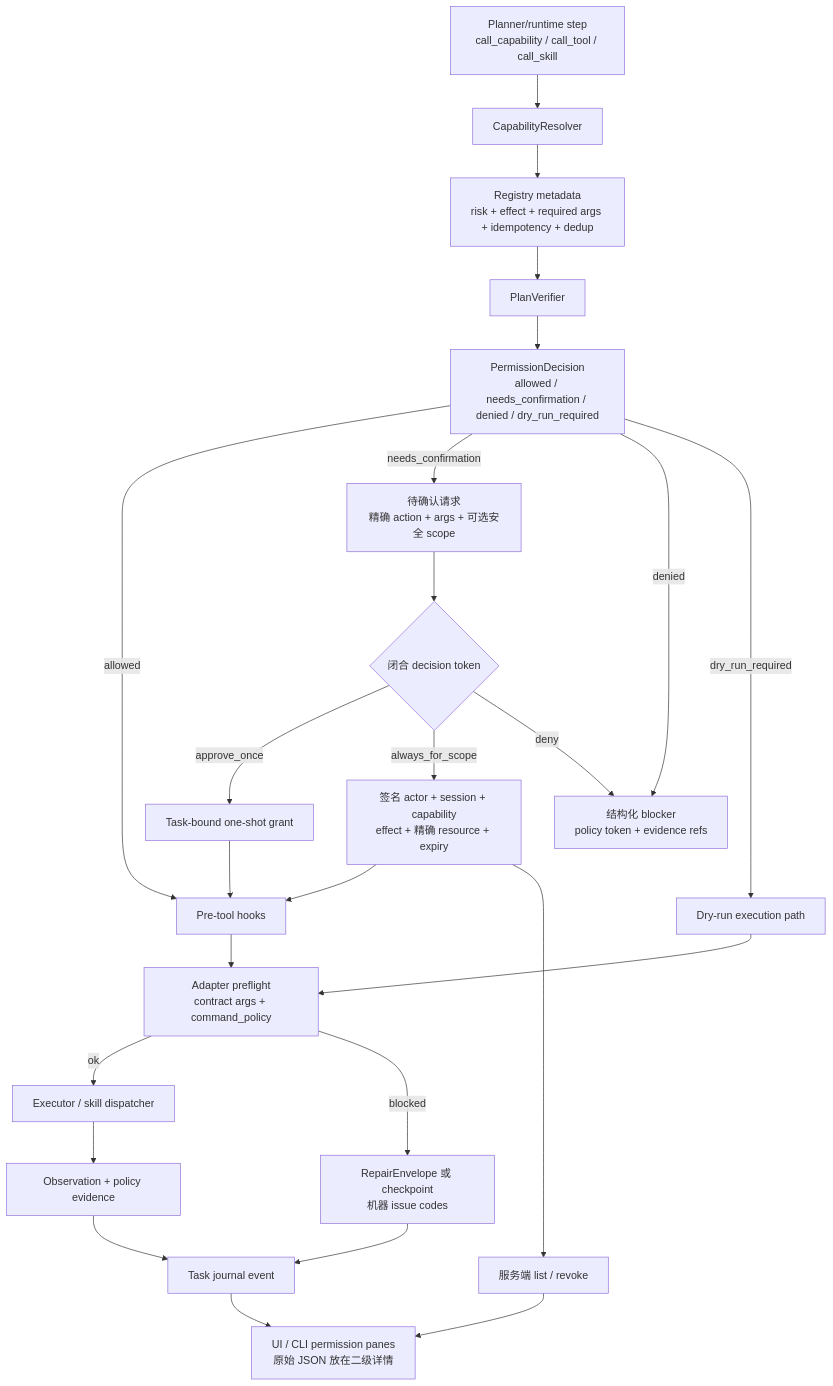
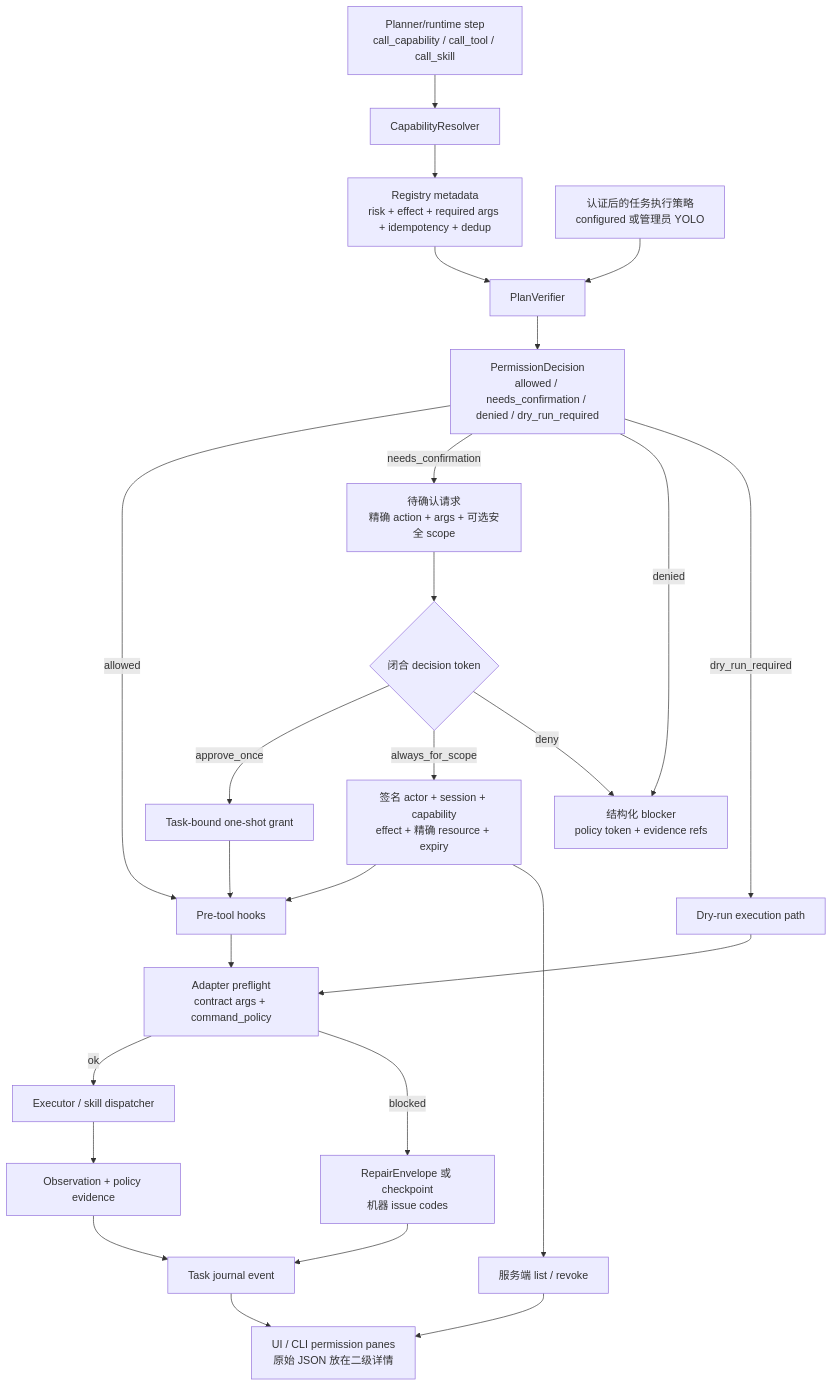
The third of 12 diagrams in README.zh-CN.md (MatrixCoreX/RustClaw), drawn with Mermaid before and after one commit. The commit also changed other lines of this file and 35 other files, not shown here.

````diff
--- a/README.zh-CN.md
+++ b/README.zh-CN.md
@@ -202,27 +204,28 @@
 ```mermaid
 flowchart TD
     A[Planner/runtime step<br/>call_capability / call_tool / call_skill] --> B[CapabilityResolver]
     B --> C[Registry metadata<br/>risk + effect + required args + idempotency + dedup]
+    TP[认证后的任务执行策略<br/>configured 或管理员 YOLO] --> D
     C --> D[PlanVerifier]
     D --> E[PermissionDecision<br/>allowed / needs_confirmation / denied / dry_run_required]
     E -->|allowed| F[Pre-tool hooks]
     E -->|needs_confirmation| G[待确认请求<br/>精确 action + args + 可选安全 scope]
     E -->|denied| H[结构化 blocker<br/>policy token + evidence refs]
     E -->|dry_run_required| I[Dry-run execution path]
     F --> J[Adapter preflight<br/>contract args + command_policy]
     I --> J
     J -->|ok| K[Executor / skill dispatcher]
     J -->|blocked| L[RepairEnvelope 或 checkpoint<br/>机器 issue codes]
     K --> M[Observation + policy evidence]
     L --> N[Task journal event]
     M --> N
     G --> GA{闭合 decision token}
     GA -->|approve_once| GB[Task-bound one-shot grant]
     GA -->|always_for_scope| GC[签名 actor + session + capability<br/>effect + 精确 resource + expiry]
     GA -->|deny| H
     GB --> F
     GC --> F
     GC --> GD[服务端 list / revoke]
     N --> O[UI / CLI permission panes<br/>原始 JSON 放在二级详情]
     GD --> O
 ```
````
